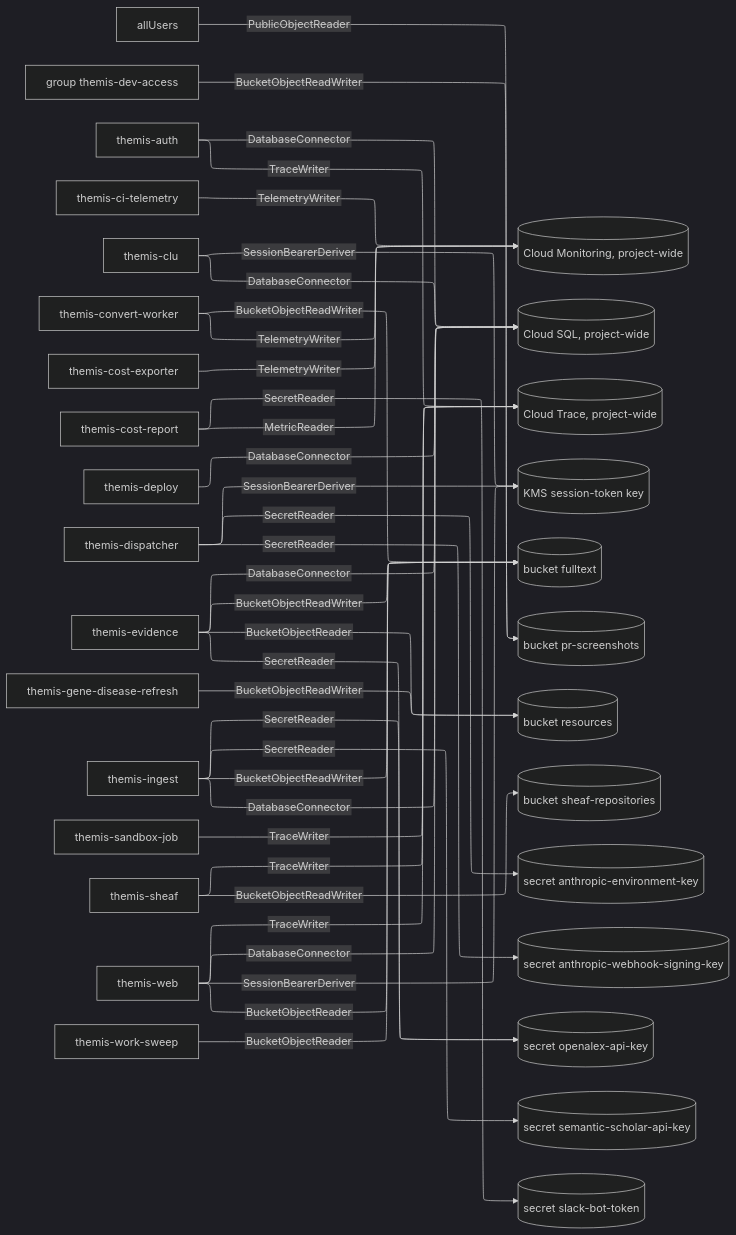
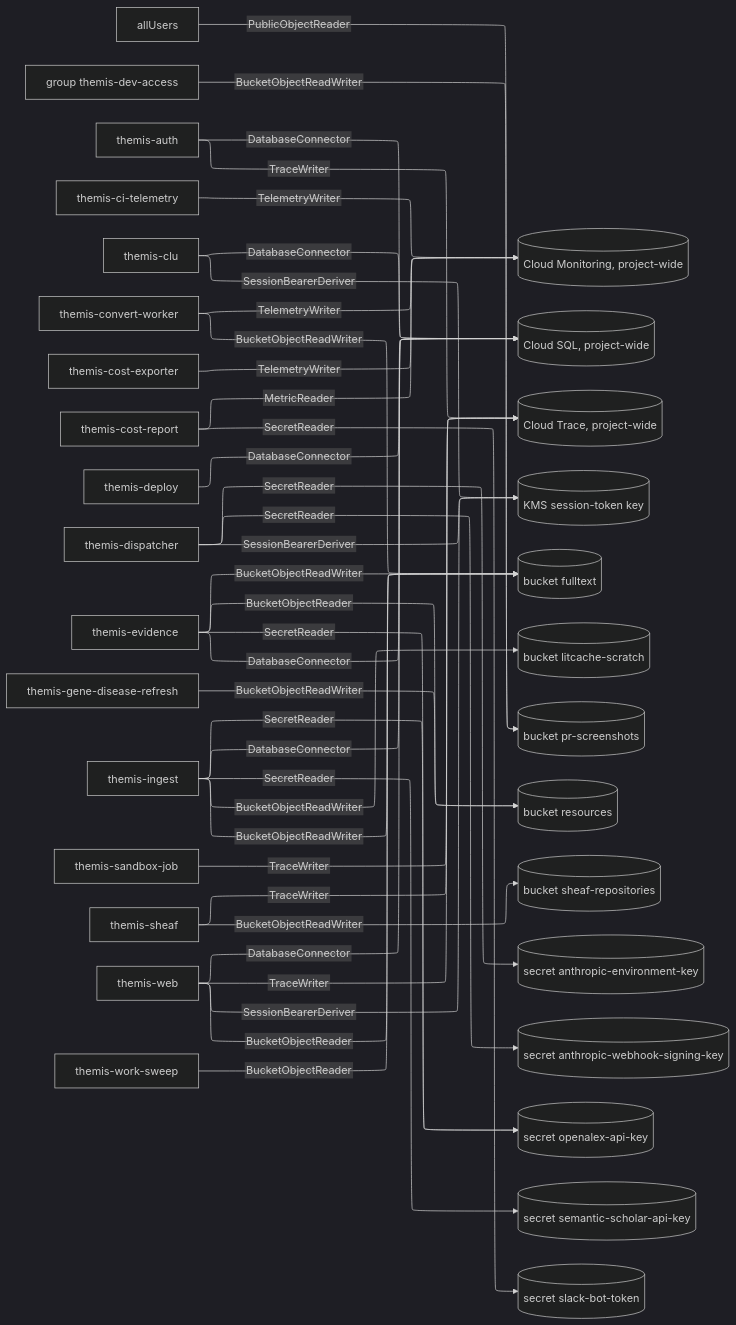
The diagram in docs/design/grants/data.mmd (populationgenomics/themis), drawn with Mermaid (dark theme) before and after one commit. The commit also changed 13 other files, not shown here.

```diff
--- a/docs/design/grants/data.mmd
+++ b/docs/design/grants/data.mmd
@@ -1,65 +1,67 @@
 %%{init: {"layout": "elk", "elk": {"mergeEdges": true, "nodePlacementStrategy": "NETWORK_SIMPLEX"}, "htmlLabels": false, "flowchart": {"htmlLabels": false, "wrappingWidth": 320}}}%%
 flowchart LR
     n0["allUsers"]
     n1["group themis-dev-access"]
     n2["themis-auth"]
     n3["themis-ci-telemetry"]
     n4["themis-clu"]
     n5["themis-convert-worker"]
     n6["themis-cost-exporter"]
     n7["themis-cost-report"]
     n8["themis-deploy"]
     n9["themis-dispatcher"]
     n10["themis-evidence"]
     n11["themis-gene-disease-refresh"]
     n12["themis-ingest"]
     n13["themis-sandbox-job"]
     n14["themis-sheaf"]
     n15["themis-web"]
     n16["themis-work-sweep"]
     n17[("Cloud Monitoring, project-wide")]
     n18[("Cloud SQL, project-wide")]
     n19[("Cloud Trace, project-wide")]
     n20[("KMS session-token key")]
     n21[("bucket fulltext")]
-    n22[("bucket pr-screenshots")]
-    n23[("bucket resources")]
-    n24[("bucket sheaf-repositories")]
-    n25[("secret anthropic-environment-key")]
-    n26[("secret anthropic-webhook-signing-key")]
-    n27[("secret openalex-api-key")]
-    n28[("secret semantic-scholar-api-key")]
-    n29[("secret slack-bot-token")]
-    n0 -->|PublicObjectReader| n22
-    n1 -->|BucketObjectReadWriter| n22
+    n22[("bucket litcache-scratch")]
+    n23[("bucket pr-screenshots")]
+    n24[("bucket resources")]
+    n25[("bucket sheaf-repositories")]
+    n26[("secret anthropic-environment-key")]
+    n27[("secret anthropic-webhook-signing-key")]
+    n28[("secret openalex-api-key")]
+    n29[("secret semantic-scholar-api-key")]
+    n30[("secret slack-bot-token")]
+    n0 -->|PublicObjectReader| n23
+    n1 -->|BucketObjectReadWriter| n23
     n2 -->|DatabaseConnector| n18
     n2 -->|TraceWriter| n19
     n3 -->|TelemetryWriter| n17
     n4 -->|DatabaseConnector| n18
     n4 -->|SessionBearerDeriver| n20
     n5 -->|BucketObjectReadWriter| n21
     n5 -->|TelemetryWriter| n17
     n6 -->|TelemetryWriter| n17
     n7 -->|MetricReader| n17
-    n7 -->|SecretReader| n29
+    n7 -->|SecretReader| n30
     n8 -->|DatabaseConnector| n18
-    n9 -->|SecretReader| n25
     n9 -->|SecretReader| n26
+    n9 -->|SecretReader| n27
     n9 -->|SessionBearerDeriver| n20
     n10 -->|BucketObjectReadWriter| n21
-    n10 -->|BucketObjectReader| n23
+    n10 -->|BucketObjectReader| n24
     n10 -->|DatabaseConnector| n18
-    n10 -->|SecretReader| n27
-    n11 -->|BucketObjectReadWriter| n23
+    n10 -->|SecretReader| n28
+    n11 -->|BucketObjectReadWriter| n24
     n12 -->|BucketObjectReadWriter| n21
+    n12 -->|BucketObjectReadWriter| n22
     n12 -->|DatabaseConnector| n18
-    n12 -->|SecretReader| n27
     n12 -->|SecretReader| n28
+    n12 -->|SecretReader| n29
     n13 -->|TraceWriter| n19
-    n14 -->|BucketObjectReadWriter| n24
+    n14 -->|BucketObjectReadWriter| n25
     n14 -->|TraceWriter| n19
     n15 -->|BucketObjectReader| n21
     n15 -->|DatabaseConnector| n18
     n15 -->|SessionBearerDeriver| n20
     n15 -->|TraceWriter| n19
     n16 -->|BucketObjectReader| n21
```
